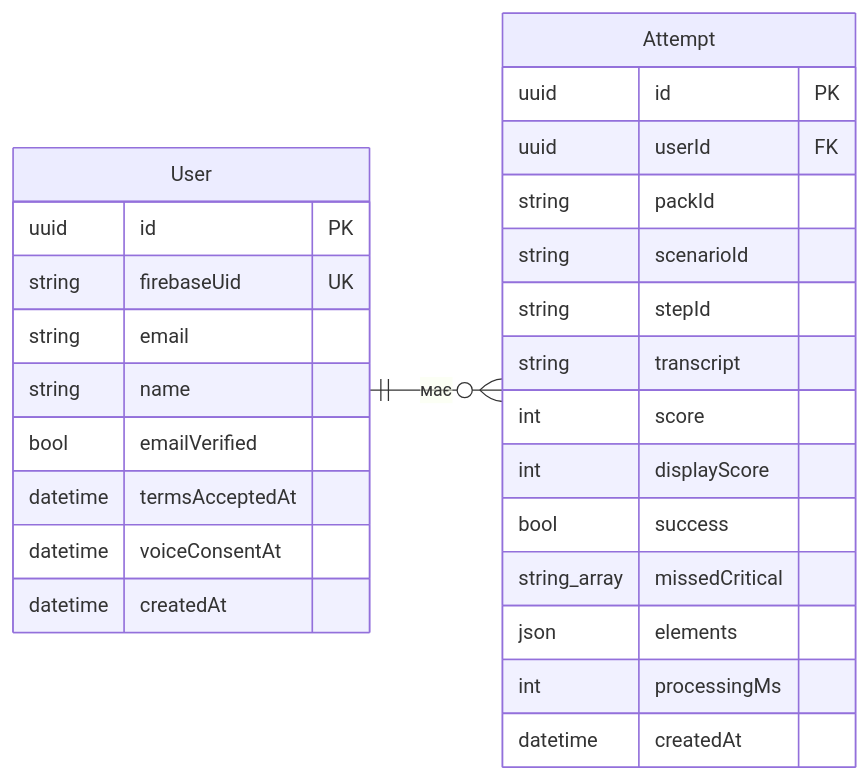
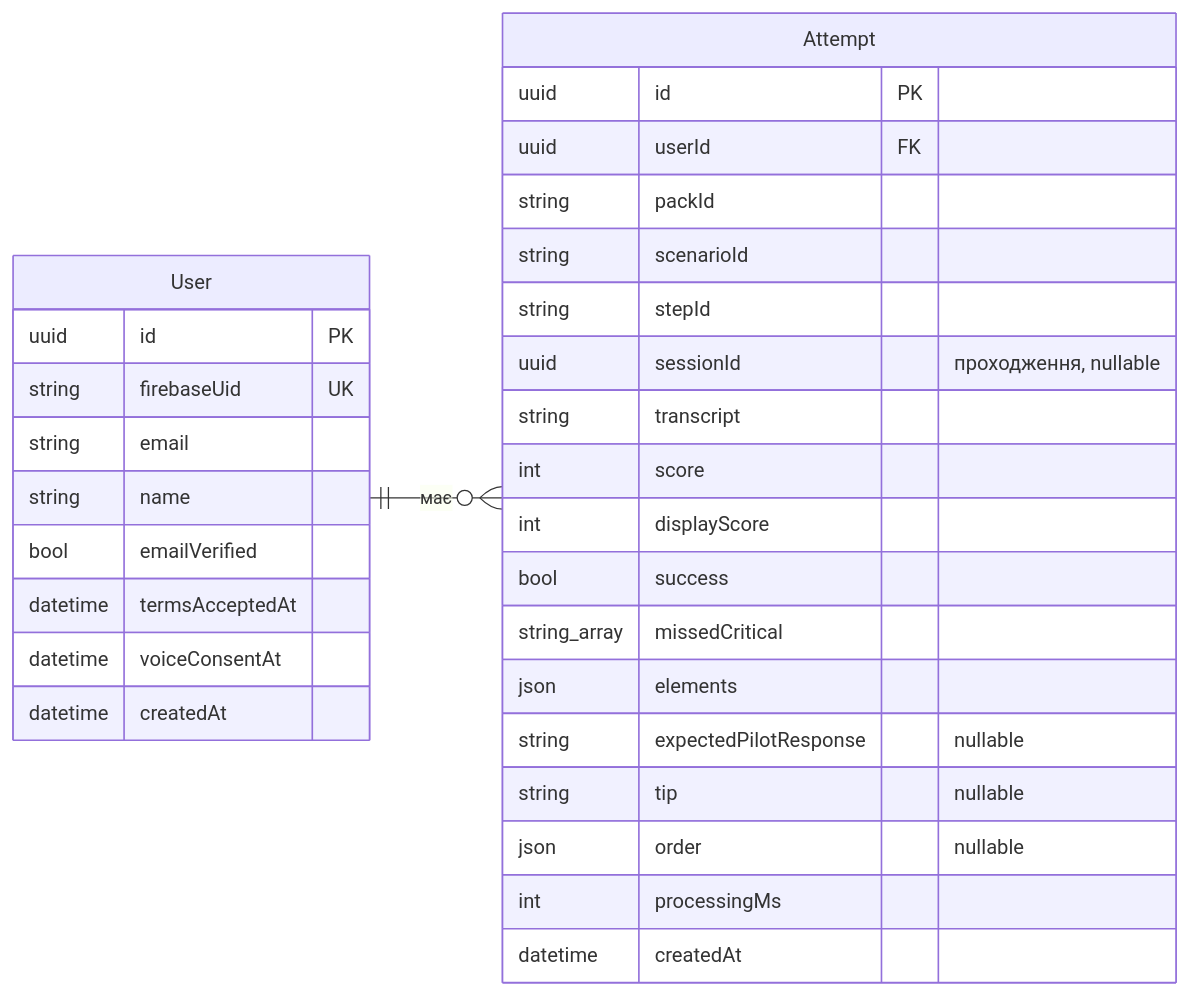
One commit to SergeyPoly/goit--apstone-project-AeroSpeak-BE changed the diagram in docs/diagrams/er.mmd. Above: the diagram before and after it, drawn with Mermaid. The commit also changed 5 other files, not shown here.

First line of the commit message:
docs: update diagrams for the progress API

```diff
--- a/docs/diagrams/er.mmd
+++ b/docs/diagrams/er.mmd
@@ -1,28 +1,32 @@
 erDiagram
   direction LR
   User ||--o{ Attempt : "має"
   User {
     uuid id PK
     string firebaseUid UK
     string email
     string name
     bool emailVerified
     datetime termsAcceptedAt
     datetime voiceConsentAt
     datetime createdAt
   }
   Attempt {
     uuid id PK
     uuid userId FK
     string packId
     string scenarioId
     string stepId
+    uuid sessionId "проходження, nullable"
     string transcript
     int score
     int displayScore
     bool success
     string_array missedCritical
     json elements
+    string expectedPilotResponse "nullable"
+    string tip "nullable"
+    json order "nullable"
     int processingMs
     datetime createdAt
   }
```
